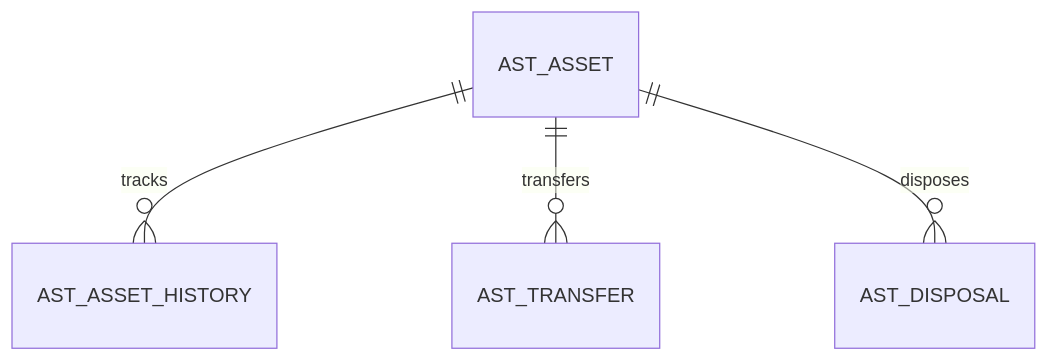
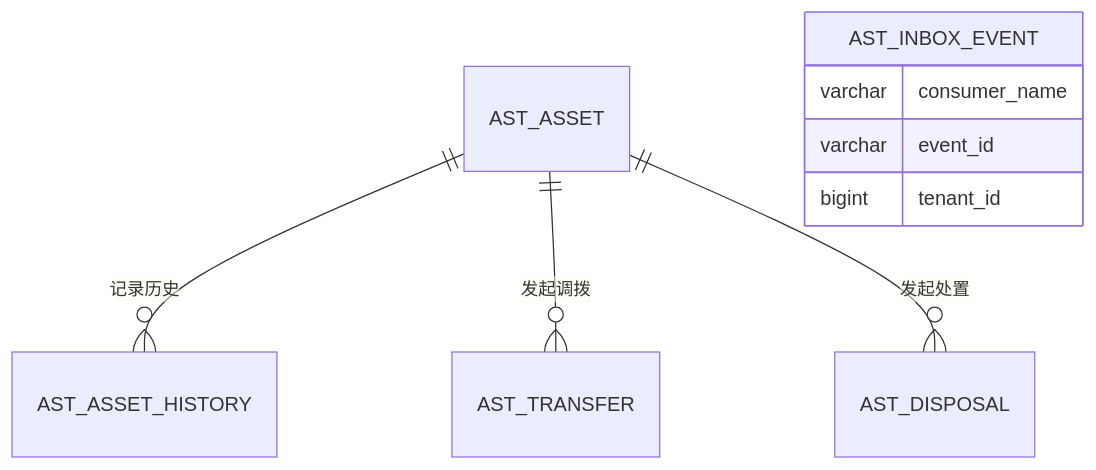
One commit to wang-baohai/Omni-Stack changed the second of 6 diagrams in docs/design/asset-design.md. Above: the diagram before and after it, drawn with Mermaid. The commit also changed other lines of this file and 1095 other files, not shown here.

````diff
--- a/docs/design/asset-design.md
+++ b/docs/design/asset-design.md
@@ -93,6 +97,11 @@
 ```mermaid
 erDiagram
-    AST_ASSET ||--o{ AST_ASSET_HISTORY : tracks
-    AST_ASSET ||--o{ AST_TRANSFER : transfers
-    AST_ASSET ||--o{ AST_DISPOSAL : disposes
+    AST_ASSET ||--o{ AST_ASSET_HISTORY : "记录历史"
+    AST_ASSET ||--o{ AST_TRANSFER : "发起调拨"
+    AST_ASSET ||--o{ AST_DISPOSAL : "发起处置"
+    AST_INBOX_EVENT {
+        varchar consumer_name
+        varchar event_id
+        bigint tenant_id
+    }
 ```
````
